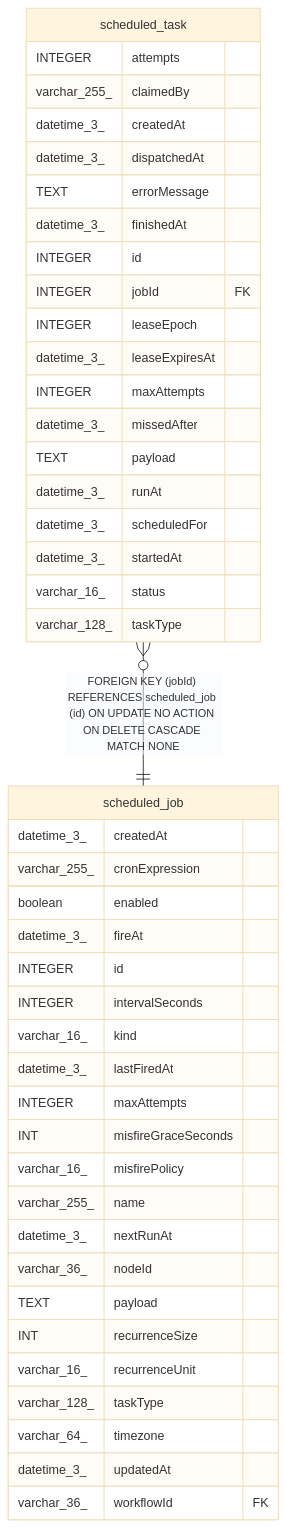
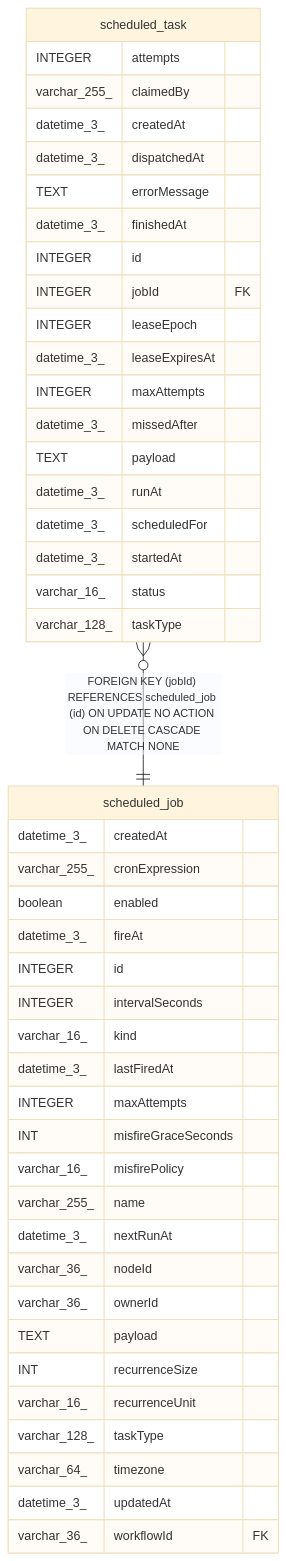
Before and after one commit to mayankjain1815-commits/n8n: the diagram in docs/generated/sqlite-schema/scheduled_task.md, drawn with Mermaid (base theme). The commit also changed 34 other files, not shown here.

````diff
--- a/docs/generated/sqlite-schema/scheduled_task.md
+++ b/docs/generated/sqlite-schema/scheduled_task.md
@@ -58,49 +58,50 @@
 ```mermaid
 erDiagram
 
 "scheduled_task" }o--|| "scheduled_job" : "FOREIGN KEY (jobId) REFERENCES scheduled_job (id) ON UPDATE NO ACTION ON DELETE CASCADE MATCH NONE"
 
 "scheduled_task" {
   INTEGER attempts
   varchar_255_ claimedBy
   datetime_3_ createdAt
   datetime_3_ dispatchedAt
   TEXT errorMessage
   datetime_3_ finishedAt
   INTEGER id
   INTEGER jobId FK
   INTEGER leaseEpoch
   datetime_3_ leaseExpiresAt
   INTEGER maxAttempts
   datetime_3_ missedAfter
   TEXT payload
   datetime_3_ runAt
   datetime_3_ scheduledFor
   datetime_3_ startedAt
   varchar_16_ status
   varchar_128_ taskType
 }
 "scheduled_job" {
   datetime_3_ createdAt
   varchar_255_ cronExpression
   boolean enabled
   datetime_3_ fireAt
   INTEGER id
   INTEGER intervalSeconds
   varchar_16_ kind
   datetime_3_ lastFiredAt
   INTEGER maxAttempts
   INT misfireGraceSeconds
   varchar_16_ misfirePolicy
   varchar_255_ name
   datetime_3_ nextRunAt
   varchar_36_ nodeId
+  varchar_36_ ownerId
   TEXT payload
   INT recurrenceSize
   varchar_16_ recurrenceUnit
   varchar_128_ taskType
   varchar_64_ timezone
   datetime_3_ updatedAt
   varchar_36_ workflowId FK
 }
 ```
````
